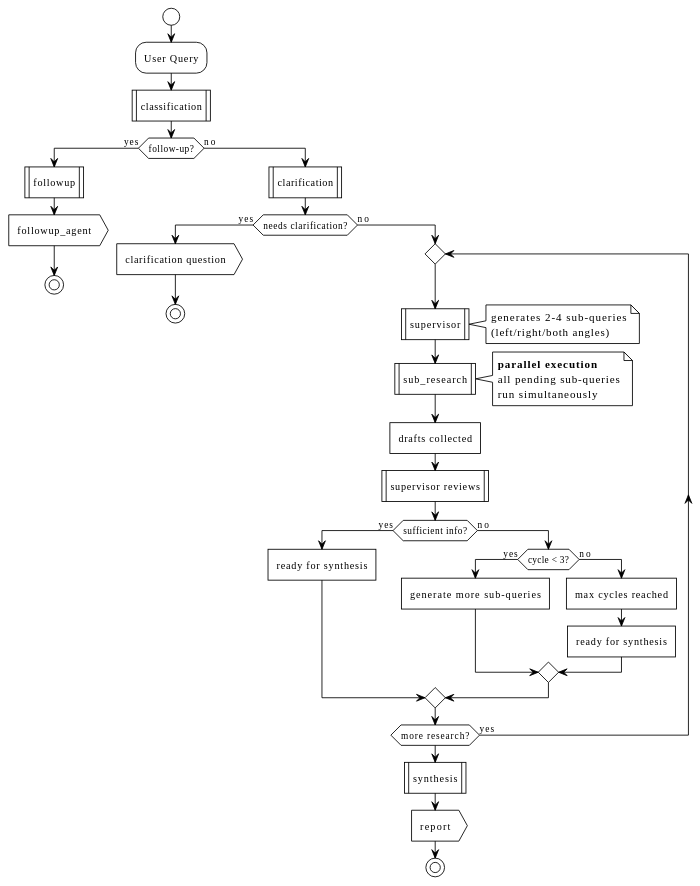
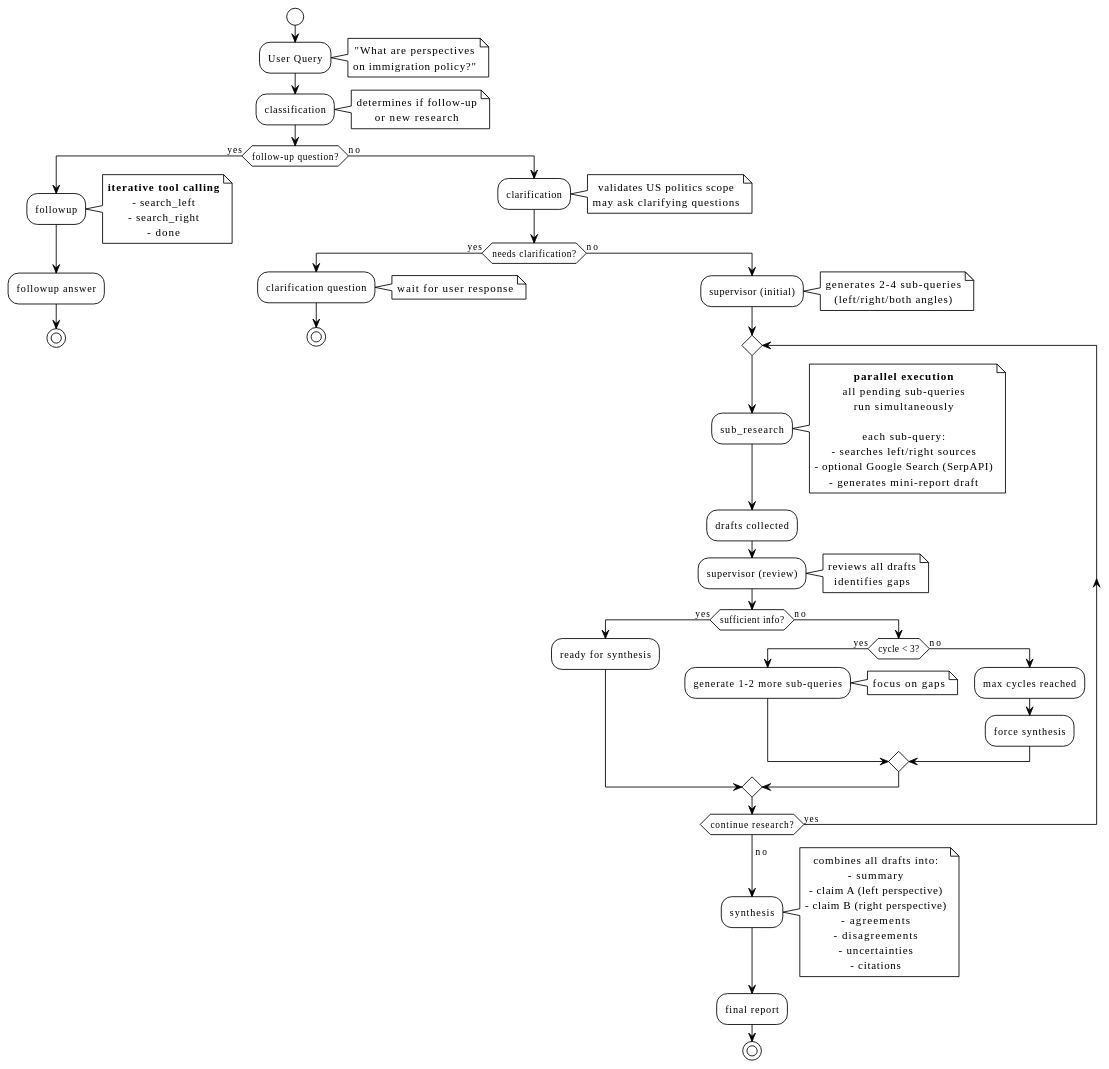
The diagram in src/agents/README.md (amoscookeh/agree-to-disagree-be), drawn with PlantUML before and after one commit. The commit also changed other lines of this file and 1 other file, not shown here.

````diff
--- a/src/agents/README.md
+++ b/src/agents/README.md
@@ -7,54 +17,64 @@
 ```plantuml
 @startuml
 !theme plain
+skinparam defaultTextAlignment center
 
 start
 
 :User Query;
+note right: "What are perspectives\non immigration policy?"
 
-:classification; <<procedure>>
+:classification;
+note right: determines if follow-up\nor new research
 
-if (follow-up?) then (yes)
-  :followup; <<procedure>>
-  :followup_agent; <<output>>
+if (follow-up question?) then (yes)
+  :followup;
+  note right: **iterative tool calling**\n- search_left\n- search_right\n- done
+  :followup answer;
   stop
 else (no)
-  :clarification; <<procedure>>
+  :clarification;
+  note right: validates US politics scope\nmay ask clarifying questions
 
   if (needs clarification?) then (yes)
-    :clarification question; <<output>>
+    :clarification question;
+    note right: wait for user response
     stop
   else (no)
+    :supervisor (initial);
+    note right: generates 2-4 sub-queries\n(left/right/both angles)
+
     repeat
+      :sub_research;
+      note right: **parallel execution**\nall pending sub-queries\nrun simultaneously\n\neach sub-query:\n- searches left/right sources\n- optional Google Search (SerpAPI)\n- generates mini-report draft
 
-        :supervisor; <<procedure>>
-        note right: generates 2-4 sub-queries\n(left/right/both angles)
+      :drafts collected;
 
-      :sub_research; <<procedure>>
-      note right: **parallel execution**\nall pending sub-queries\nrun simultaneously
-
-      :drafts collected; <<task>>
-
-      :supervisor reviews; <<procedure>>
+      :supervisor (review);
+      note right: reviews all drafts\nidentifies gaps
 
       if (sufficient info?) then (yes)
-        :ready for synthesis; <<task>>
+        :ready for synthesis;
       else (no)
         if (cycle < 3?) then (yes)
-          :generate more sub-queries; <<task>>
+          :generate 1-2 more sub-queries;
+          note right: focus on gaps
         else (no)
-          :max cycles reached; <<task>>
-          :ready for synthesis; <<task>>
+          :max cycles reached;
+          :force synthesis;
         endif
       endif
 
-    repeat while (more research?) is (yes)
+    repeat while (continue research?) is (yes)
+    ->no;
 
-    :synthesis; <<procedure>>
-    :report; <<output>>
+    :synthesis;
+    note right: combines all drafts into:\n- summary\n- claim A (left perspective)\n- claim B (right perspective)\n- agreements\n- disagreements\n- uncertainties\n- citations
+
+    :final report;
     stop
   endif
 endif
 
 @enduml
 ```
````
